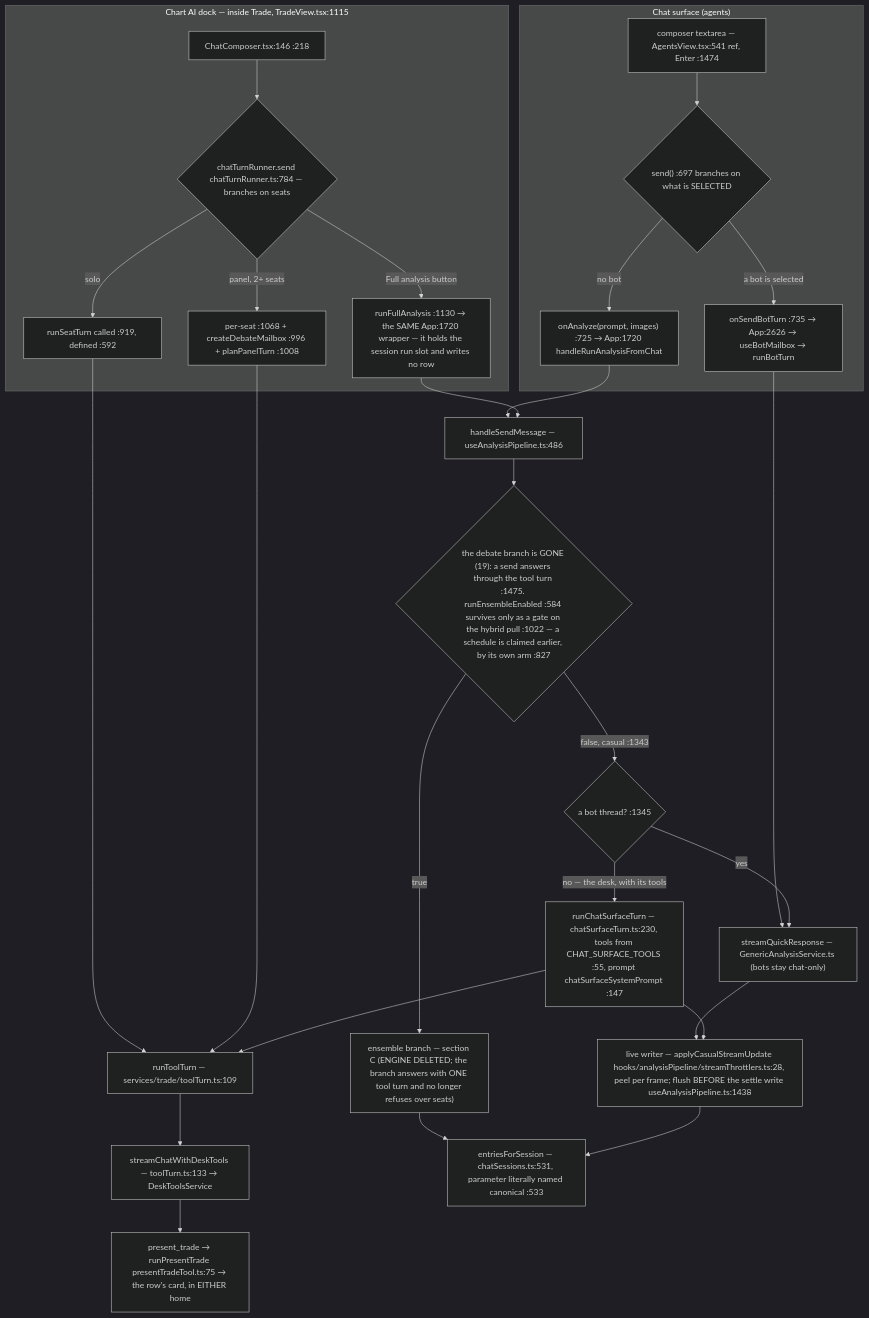
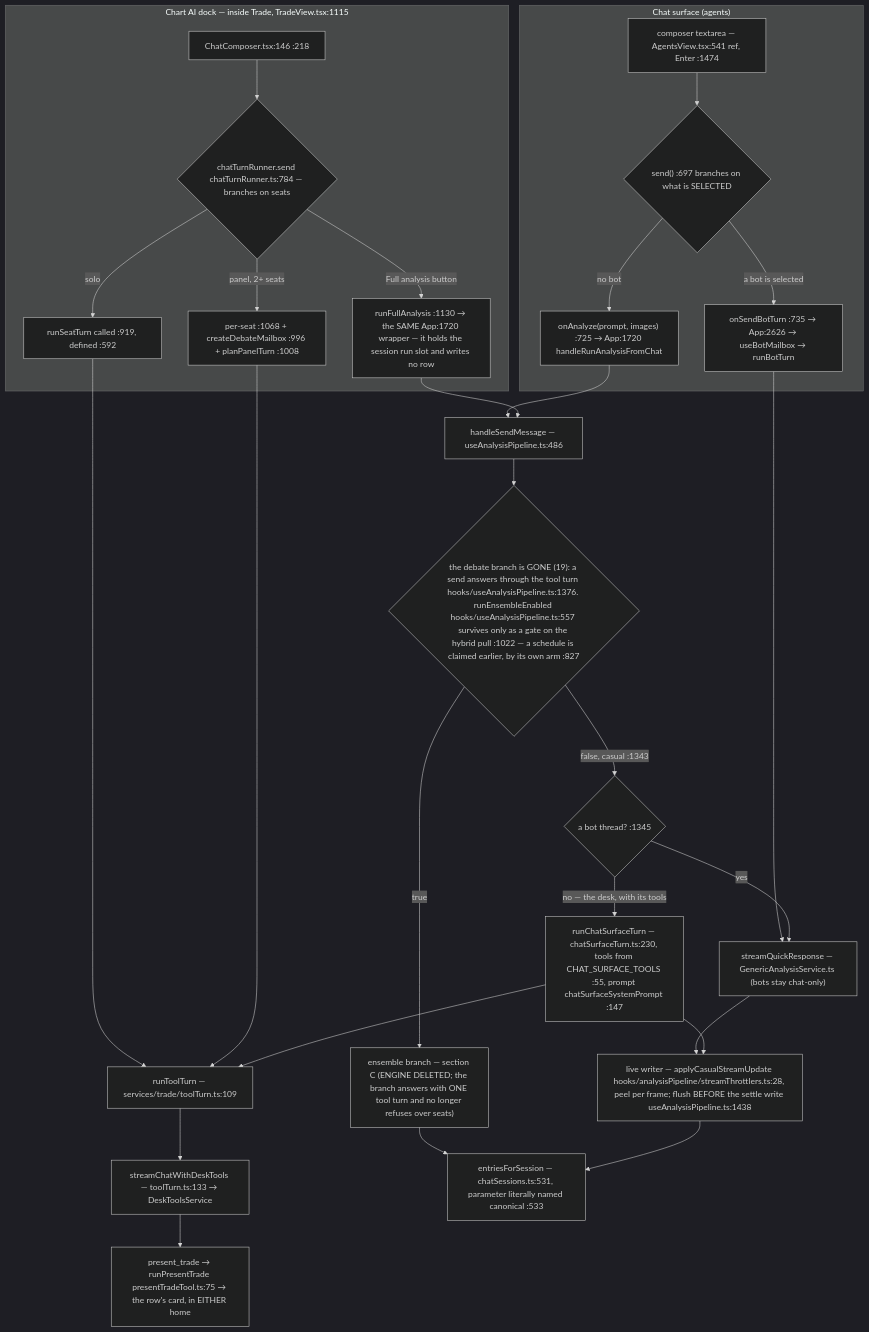
One commit to Acepay25/august-3.5 changed the second of 7 diagrams in docs/app-flow.md. Above: the diagram before and after it, drawn with Mermaid (dark theme). The commit also changed 1 other file, not shown here.

Commit message:
docs(app-flow): finish the bare-anchor sweep section C exposed, and retract the coverage claim
The previous commit said every anchor in both docs was now inside the gate's
coverage. That was wrong, and the grep it printed as evidence is what showed it:
bare `:1475` and `:584`/`:575` remained in section B's diagram and in the
printable view. Same class, same cause -- a number with no filename on its line
is invisible to an anchor checker that attributes numbers to file tokens.

Corrected to the measured lines (the tool turn is hooks/useAnalysisPipeline.ts:1376,
runEnsembleEnabled is :557, a bot thread streams :1350). STILL OPEN, named rather
than glossed: docs/app-flow.md:453 and any bare continuation numbers inside long
prose the grep window cut off. The instrument fix -- attribute a bare :NNN to the
nearest filename in the same paragraph, and report anchors it cannot attribute --
is the next piece of work on the docs, not a claim this commit can make.

````diff
--- a/docs/app-flow.md
+++ b/docs/app-flow.md
@@ -50,31 +50,31 @@
 ```mermaid
 flowchart TD
     subgraph CHAT["Chat surface (agents)"]
         CB["composer textarea — AgentsView.tsx:541 ref, Enter :1474"] --> D1{"send() :697 branches on what is SELECTED"}
         D1 -->|a bot is selected| BOT["onSendBotTurn :735 → App:2626 → useBotMailbox → runBotTurn"]
         D1 -->|no bot| AN["onAnalyze(prompt, images) :725 → App:1720 handleRunAnalysisFromChat"]
     end
     subgraph DOCK["Chart AI dock — inside Trade, TradeView.tsx:1115"]
         DC["ChatComposer.tsx:146 :218"] --> D2{"chatTurnRunner.send chatTurnRunner.ts:784 — branches on seats"}
         D2 -->|solo| SO["runSeatTurn called :919, defined :592"]
         D2 -->|panel, 2+ seats| PN["per-seat :1068 + createDebateMailbox :996 + planPanelTurn :1008"]
         D2 -->|Full analysis button| FA["runFullAnalysis :1130 → the SAME App:1720 wrapper — it holds the session run slot and writes no row"]
     end
     SO --> TT["runToolTurn — services/trade/toolTurn.ts:109"]
     PN --> TT
     TT --> SCDT["streamChatWithDeskTools — toolTurn.ts:133 → DeskToolsService"]
     BOT --> TR["streamQuickResponse — GenericAnalysisService.ts (bots stay chat-only)"]
     AN --> HSM["handleSendMessage — useAnalysisPipeline.ts:486"]
     FA --> HSM
-    HSM --> D3{"the debate branch is GONE (19): a send answers through the tool turn :1475. runEnsembleEnabled :584 survives only as a gate on the hybrid pull :1022 — a schedule is claimed earlier, by its own arm :827"}
+    HSM --> D3{"the debate branch is GONE (19): a send answers through the tool turn hooks/useAnalysisPipeline.ts:1376. runEnsembleEnabled hooks/useAnalysisPipeline.ts:557 survives only as a gate on the hybrid pull :1022 — a schedule is claimed earlier, by its own arm :827"}
     D3 -->|true| ENS["ensemble branch — section C (ENGINE DELETED; the branch answers with ONE tool turn and no longer refuses over seats)"]
     D3 -->|false, casual :1343| SPLIT{"a bot thread? :1345"}
     SPLIT -->|yes| TR
     SPLIT -->|no — the desk, with its tools| CST["runChatSurfaceTurn — chatSurfaceTurn.ts:230, tools from CHAT_SURFACE_TOOLS :55, prompt chatSurfaceSystemPrompt :147"]
     CST --> TT
     TR --> LW["live writer — applyCasualStreamUpdate hooks/analysisPipeline/streamThrottlers.ts:28, peel per frame; flush BEFORE the settle write useAnalysisPipeline.ts:1438"]
     CST --> LW
     ENS --> MERGE
     LW --> MERGE["entriesForSession — chatSessions.ts:531, parameter literally named canonical :533"]
     SCDT --> PT["present_trade → runPresentTrade presentTradeTool.ts:75 → the row's card, in EITHER home"]
 ```
````
